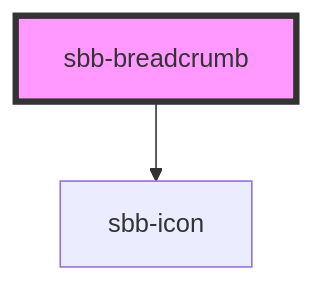
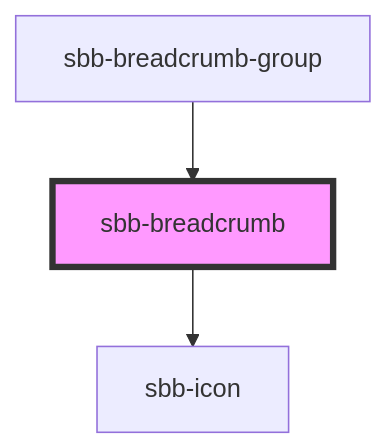
Before and after one commit to sbb-design-systems/lyne-components: the diagram in src/components/sbb-breadcrumb/readme.md, drawn with Mermaid. The commit also changed other lines of this file and 3 other files, not shown here.

````diff
--- a/src/components/sbb-breadcrumb/readme.md
+++ b/src/components/sbb-breadcrumb/readme.md
@@ -33,5 +37,6 @@
 ```mermaid
 graph TD;
   sbb-breadcrumb --> sbb-icon
+  sbb-breadcrumb-group --> sbb-breadcrumb
   style sbb-breadcrumb fill:#f9f,stroke:#333,stroke-width:4px
 ```
````
